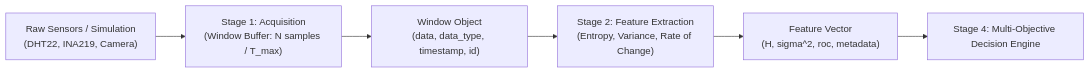
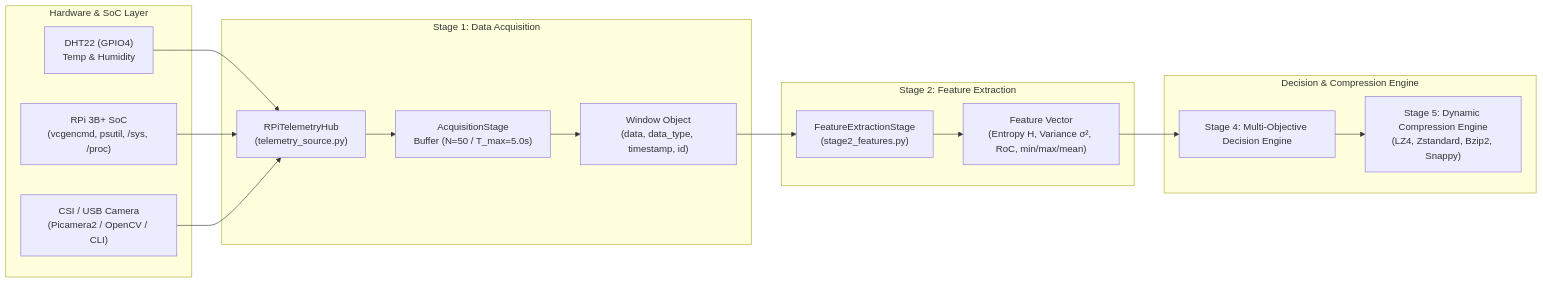
The diagram in docs/stage1_stage2_guide.md (jain05vaibhav/Predictive-Multi-Objective-Compression-Selection), drawn with Mermaid before and after one commit. The commit also changed other lines of this file and 15 other files, not shown here.

Commit message:
Replace INA219 and simulation with native Raspberry Pi 3B+ system telemetry (vcgencmd, psutil)

````diff
--- a/docs/stage1_stage2_guide.md
+++ b/docs/stage1_stage2_guide.md
@@ -16,8 +19,29 @@
 ```mermaid
 flowchart LR
-    A["Raw Sensors / Simulation\n(DHT22, INA219, Camera)"] --> B["Stage 1: Acquisition\n(Window Buffer: N samples / T_max)"]
-    B --> C["Window Object\n(data, data_type, timestamp, id)"]
-    C --> D["Stage 2: Feature Extraction\n(Entropy, Variance, Rate of Change)"]
-    D --> E["Feature Vector\n(H, sigma^2, roc, metadata)"]
-    E --> F["Stage 4: Multi-Objective Decision Engine"]
+    subgraph Hardware ["Hardware & SoC Layer"]
+        D["DHT22 (GPIO4)\nTemp & Humidity"]
+        S["RPi 3B+ SoC\n(vcgencmd, psutil, /sys, /proc)"]
+        C["CSI / USB Camera\n(Picamera2 / OpenCV / CLI)"]
+    end
+
+    subgraph Stage1 ["Stage 1: Data Acquisition"]
+        HUB["RPiTelemetryHub\n(telemetry_source.py)"]
+        ACQ["AcquisitionStage\nBuffer (N=50 / T_max=5.0s)"]
+        WIN["Window Object\n(data, data_type, timestamp, id)"]
+    end
+
+    subgraph Stage2 ["Stage 2: Feature Extraction"]
+        FEAT["FeatureExtractionStage\n(stage2_features.py)"]
+        VEC["Feature Vector\n(Entropy H, Variance σ², RoC, min/max/mean)"]
+    end
+
+    subgraph Downstream ["Decision & Compression Engine"]
+        DEC["Stage 4: Multi-Objective Decision Engine"]
+        COMP["Stage 5: Dynamic Compression Engine\n(LZ4, Zstandard, Bzip2, Snappy)"]
+    end
+
+    D --> HUB
+    S --> HUB
+    C --> HUB
+    HUB --> ACQ --> WIN --> FEAT --> VEC --> DEC --> COMP
 ```
````
